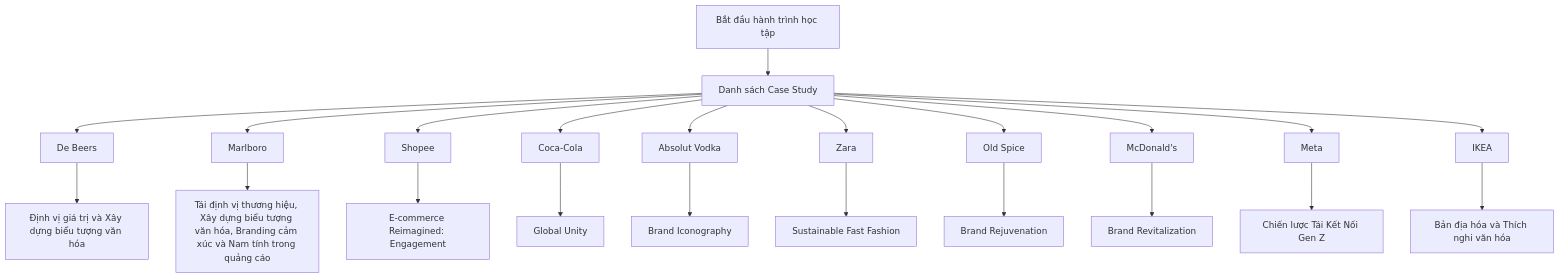
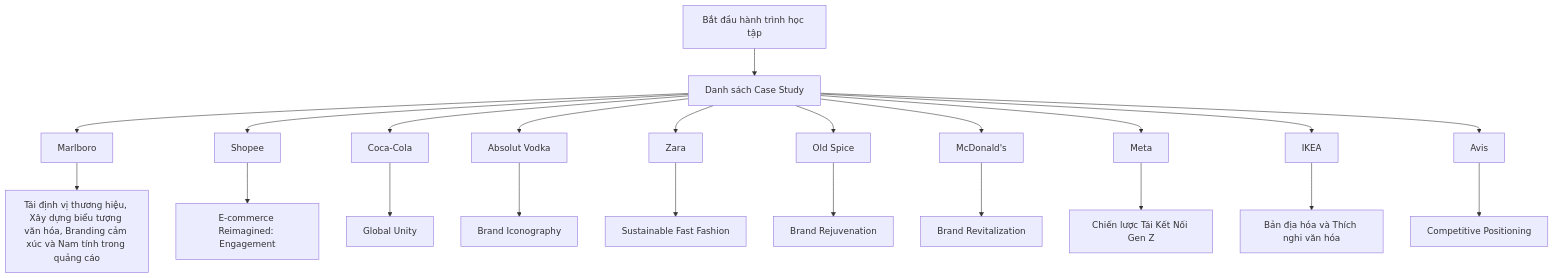
The diagram in README.md (quy2003/daily-marketing-cases), drawn with Mermaid before and after one commit. The commit also changed other lines of this file and 3 other files, not shown here.

````diff
--- a/README.md
+++ b/README.md
@@ -25,24 +25,24 @@
 ```mermaid
 graph TD
     Start[Bắt đầu hành trình học tập] --> DailyCases[Danh sách Case Study]
-    DailyCases --> DeBeers["De Beers"]
-    DeBeers --> nhvgitrvXydngbiutngvnha["Định vị giá trị và Xây dựng biểu tượng văn hóa"]
     DailyCases --> Marlboro["Marlboro"]
     Marlboro --> TinhvthnghiuXydngbiutngvnhaBrandingcmxcvNamtnhtrongqungco["Tái định vị thương hiệu, Xây dựng biểu tượng văn hóa, Branding cảm xúc và Nam tính trong quảng cáo"]
     DailyCases --> Shopee["Shopee"]
     Shopee --> EcommerceReimaginedEngagement["E-commerce Reimagined: Engagement"]
     DailyCases --> CocaCola["Coca-Cola"]
     CocaCola --> GlobalUnity["Global Unity"]
     DailyCases --> AbsolutVodka["Absolut Vodka"]
     AbsolutVodka --> BrandIconography["Brand Iconography"]
     DailyCases --> Zara["Zara"]
     Zara --> SustainableFastFashion["Sustainable Fast Fashion"]
     DailyCases --> OldSpice["Old Spice"]
     OldSpice --> BrandRejuvenation["Brand Rejuvenation"]
     DailyCases --> McDonalds["McDonald's"]
     McDonalds --> BrandRevitalization["Brand Revitalization"]
     DailyCases --> Meta["Meta"]
     Meta --> ChinlcTiKtNiGenZ["Chiến lược Tái Kết Nối Gen Z"]
     DailyCases --> IKEA["IKEA"]
     IKEA --> BnahavThchnghivnha["Bản địa hóa và Thích nghi văn hóa"]
+    DailyCases --> Avis["Avis"]
+    Avis --> CompetitivePositioning["Competitive Positioning"]
 ```
````
